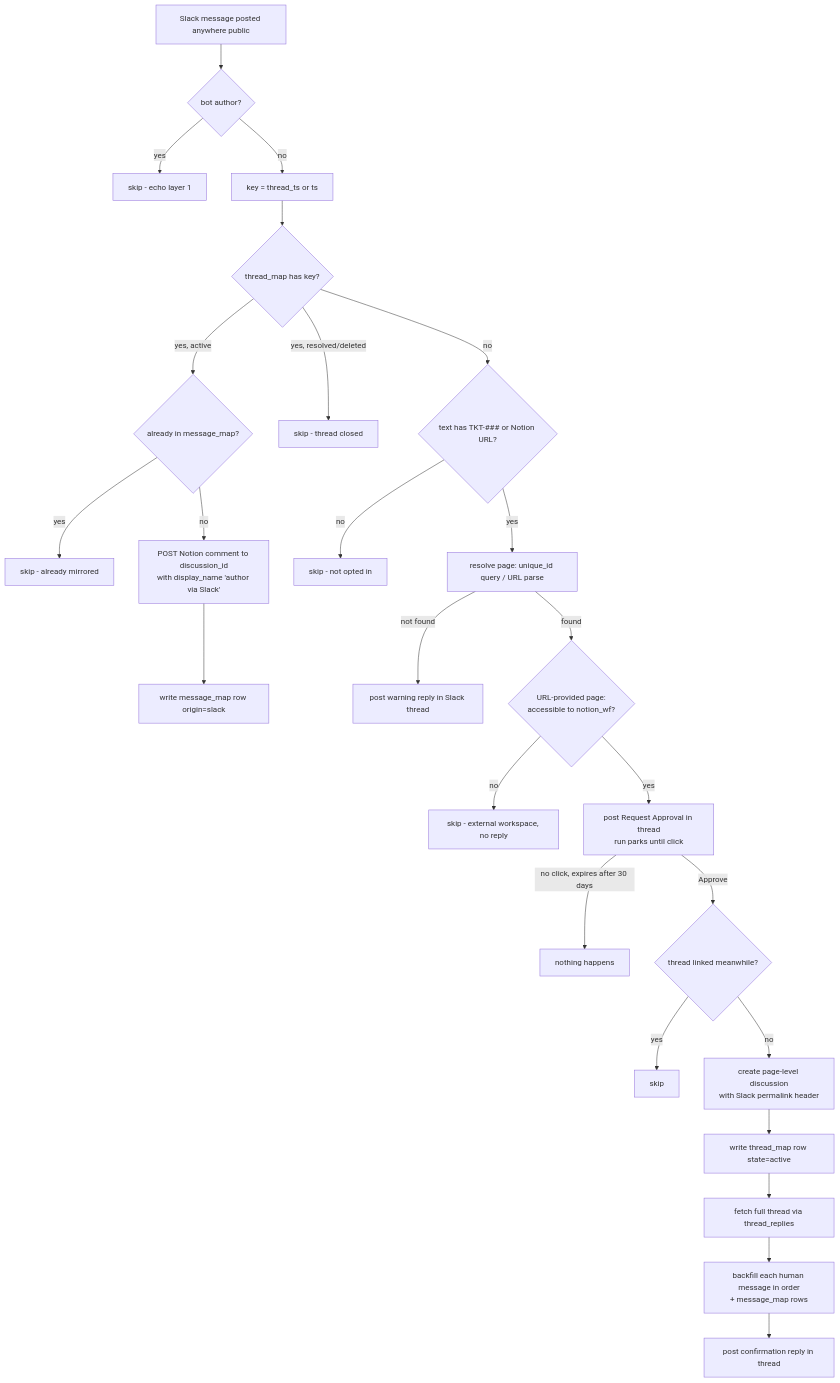
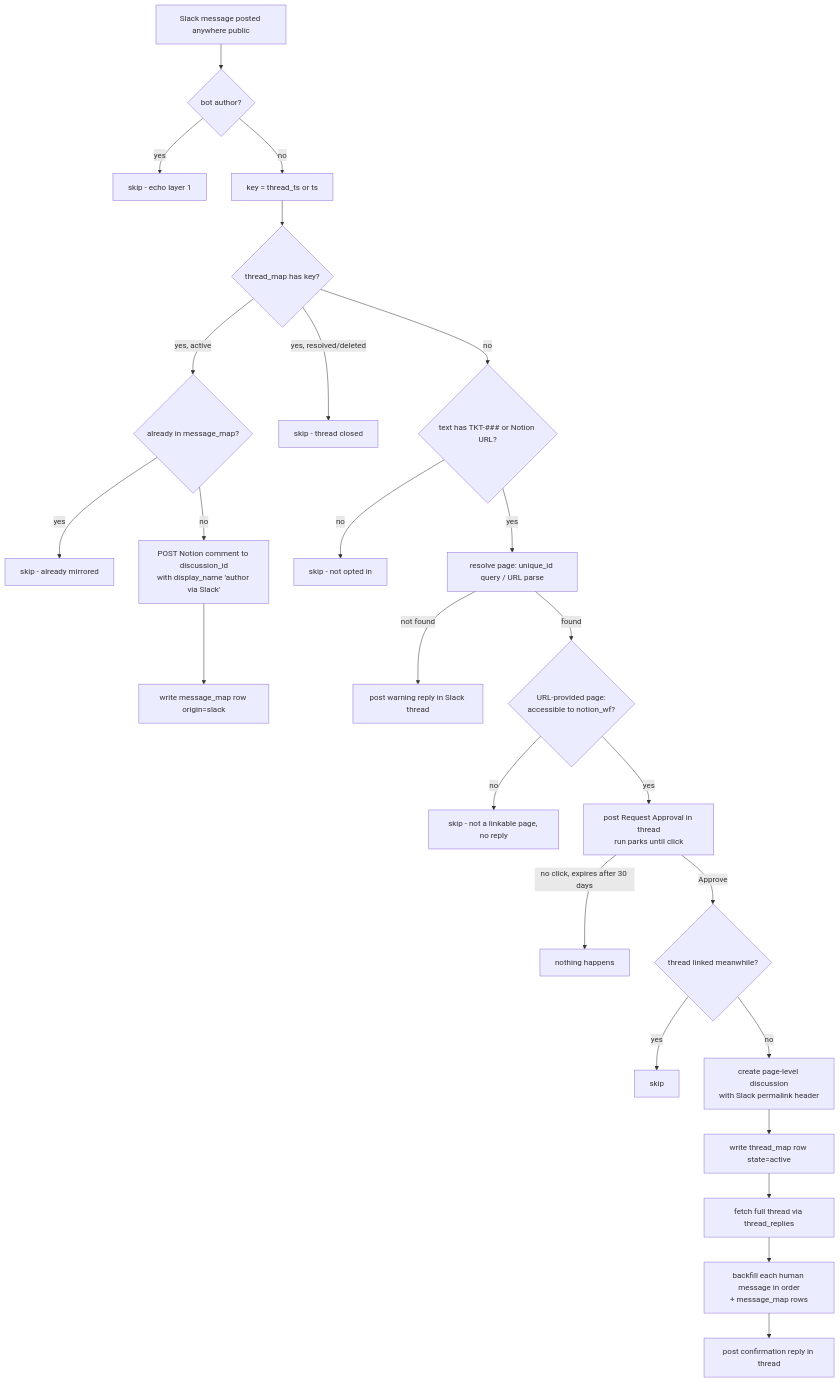
Before and after one commit to work-flowers/zapier-sdk: the diagram in slack-thread-to-notion-discussion/README.md, drawn with Mermaid. The commit also changed other lines of this file, not shown here.

First line of the commit message:
docs(slack-thread-to-notion-discussion): document the database-link skip in the access guard (54)

````diff
--- a/slack-thread-to-notion-discussion/README.md
+++ b/slack-thread-to-notion-discussion/README.md
@@ -13,27 +13,27 @@
 ```mermaid
 flowchart TD
     T[Slack message posted anywhere public] --> B{bot author?}
     B -- yes --> S1[skip - echo layer 1]
     B -- no --> K[key = thread_ts or ts]
     K --> L{thread_map has key?}
     L -- "yes, active" --> D{already in message_map?}
     D -- yes --> S2[skip - already mirrored]
     D -- no --> C[POST Notion comment to discussion_id\nwith display_name 'author via Slack']
     C --> W[write message_map row origin=slack]
     L -- "yes, resolved/deleted" --> S3[skip - thread closed]
     L -- no --> R{text has TKT-### or Notion URL?}
     R -- no --> S4[skip - not opted in]
     R -- yes --> Q[resolve page: unique_id query / URL parse]
     Q -- not found --> N[post warning reply in Slack thread]
     Q -- found --> X{URL-provided page:\naccessible to notion_wf?}
-    X -- no --> S5[skip - external workspace, no reply]
+    X -- no --> S5[skip - not a linkable page, no reply]
     X -- yes --> AP[post Request Approval in thread\nrun parks until click]
     AP -- "no click, expires after 30 days" --> S6[nothing happens]
     AP -- Approve --> RC{thread linked meanwhile?}
     RC -- yes --> S7[skip]
     RC -- no --> P[create page-level discussion\nwith Slack permalink header]
     P --> M[write thread_map row state=active]
     M --> F[fetch full thread via thread_replies]
     F --> BF[backfill each human message in order\n+ message_map rows]
     BF --> OK[post confirmation reply in thread]
 ```
````
